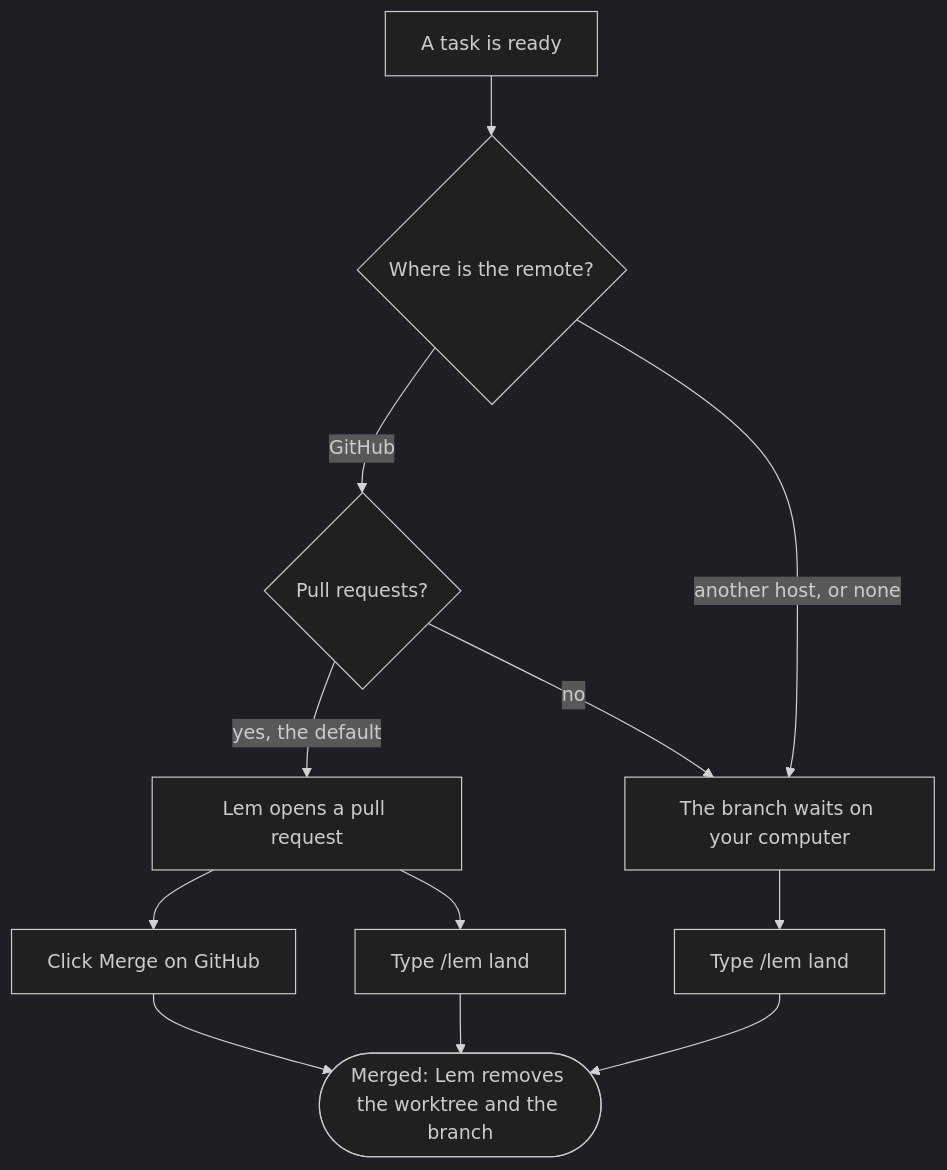
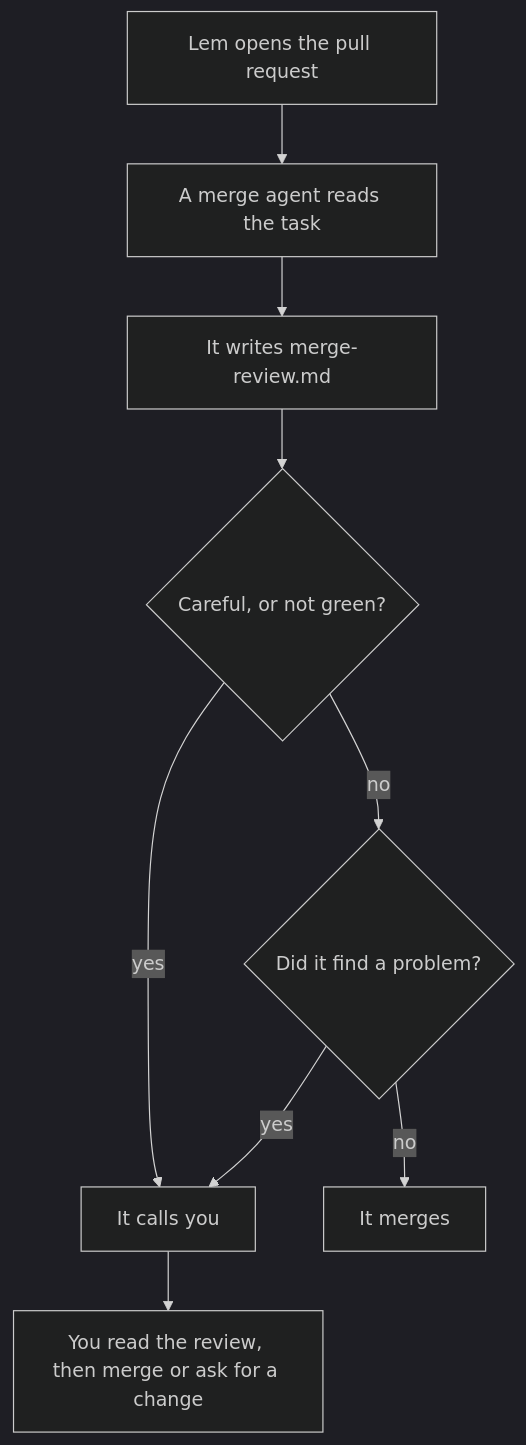
The diagram in docs/pull-request.md (pySilver/lem), drawn with Mermaid (dark theme) before and after one commit. The commit also changed other lines of this file and 181 other files, not shown here.

First line of the commit message:
feat(lem): a session for each task, a merge agent, and the board as a served app

````diff
--- a/docs/pull-request.md
+++ b/docs/pull-request.md
@@ -31,14 +31,11 @@
 ```mermaid
 flowchart TD
-    ready["A task is ready"] --> host{"Where is the remote?"}
-    host -- "GitHub" --> wants{"Pull requests?"}
-    host -- "another host, or none" --> branch["The branch waits on your computer"]
-    wants -- "yes, the default" --> pr["Lem opens a pull request"]
-    wants -- "no" --> branch
-    pr --> button["Click Merge on GitHub"]
-    pr --> viapr["Type /lem land"]
-    branch --> direct["Type /lem land"]
-    button --> merged(["Merged: Lem removes the worktree and the branch"])
-    viapr --> merged
-    direct --> merged
+    A["Lem opens the pull request"] --> B["A merge agent reads the task"]
+    B --> C["It writes merge-review.md"]
+    C --> D{"Careful, or not green?"}
+    D -- "yes" --> W["It calls you"]
+    D -- "no" --> E{"Did it find a problem?"}
+    E -- "yes" --> W
+    E -- "no" --> M["It merges"]
+    W --> Y["You read the review, then merge or ask for a change"]
 ```
````
